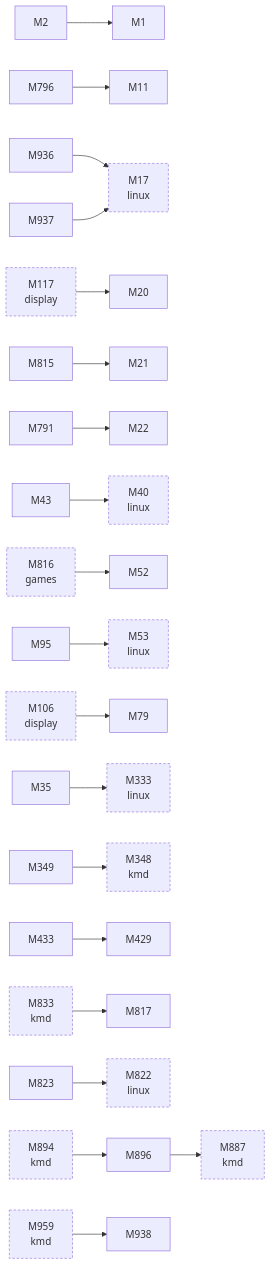
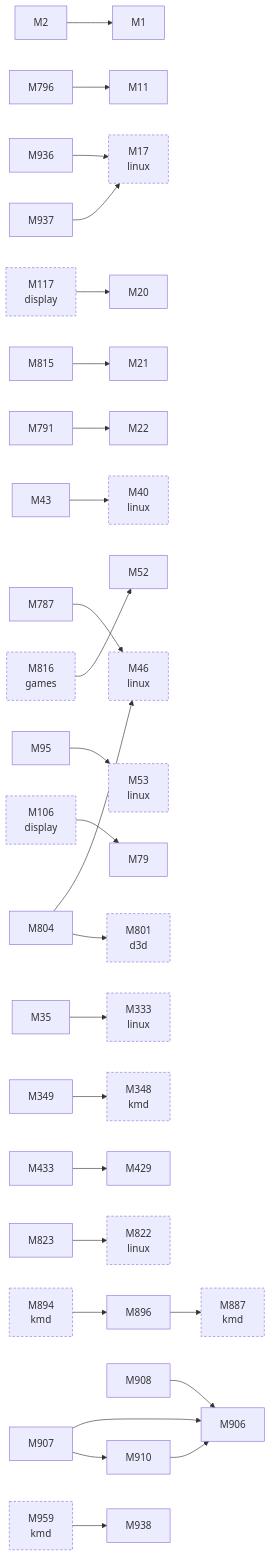
One commit to D-Ogi/amdgpu-wddm changed the third of 3 diagrams in docs/facts/graphs/hardware.md. Above: the diagram before and after it, drawn with Mermaid. The commit also changed 22 other files, not shown here.

````diff
--- a/docs/facts/graphs/hardware.md
+++ b/docs/facts/graphs/hardware.md
@@ -215,60 +209,72 @@
 ```mermaid
 flowchart LR
   M1["M1"]
   M2["M2"]
   M11["M11"]
   M17["M17<br/>linux"]
   M20["M20"]
   M21["M21"]
   M22["M22"]
   M35["M35"]
   M40["M40<br/>linux"]
   M43["M43"]
+  M46["M46<br/>linux"]
   M52["M52"]
   M53["M53<br/>linux"]
   M79["M79"]
   M95["M95"]
   M106["M106<br/>display"]
   M117["M117<br/>display"]
   M333["M333<br/>linux"]
   M348["M348<br/>kmd"]
   M349["M349"]
   M429["M429"]
   M433["M433"]
+  M787["M787"]
   M791["M791"]
   M796["M796"]
+  M801["M801<br/>d3d"]
+  M804["M804"]
   M815["M815"]
   M816["M816<br/>games"]
-  M817["M817"]
   M822["M822<br/>linux"]
   M823["M823"]
-  M833["M833<br/>kmd"]
   M887["M887<br/>kmd"]
   M894["M894<br/>kmd"]
   M896["M896"]
+  M906["M906"]
+  M907["M907"]
+  M908["M908"]
+  M910["M910"]
   M936["M936"]
   M937["M937"]
   M938["M938"]
   M959["M959<br/>kmd"]
   M2 --> M1
   M35 --> M333
   M43 --> M40
   M95 --> M53
   M349 --> M348
   M433 --> M429
+  M787 --> M46
   M791 --> M22
   M796 --> M11
+  M804 --> M46
+  M804 --> M801
   M815 --> M21
   M823 --> M822
   M896 --> M887
+  M907 --> M906
+  M907 --> M910
+  M908 --> M906
+  M910 --> M906
   M936 --> M17
   M937 --> M17
-  M833 --> M817
   M894 --> M896
   M959 --> M938
   M106 --> M79
   M117 --> M20
   M816 --> M52
   classDef other stroke-dasharray:4 3
-  class M17,M40,M53,M106,M117,M333,M348,M816,M822,M833,M887,M894,M959 other
+  class M17,M40,M46,M53,M106,M117,M333,M348,M801,M816,M822,M887,M894,M959 other
 ```
````
